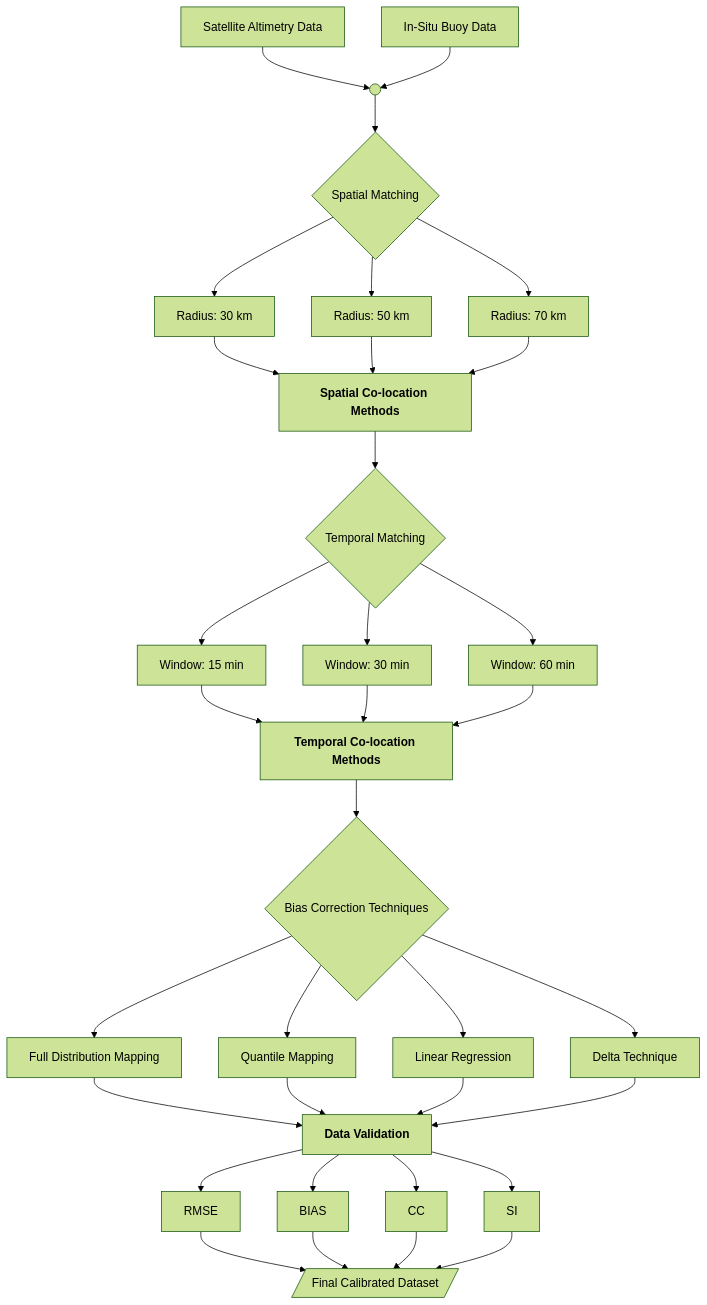
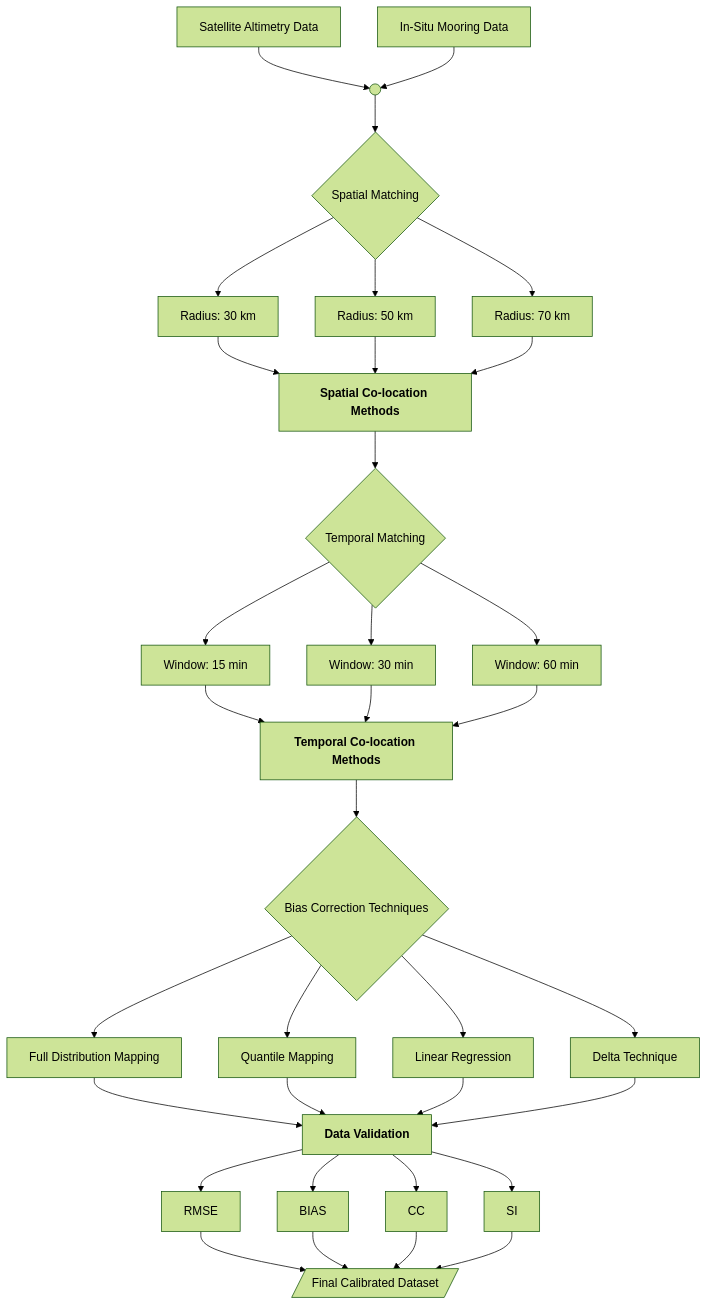
Before and after one commit to EduardSala/Thesis: the diagram in README.md, drawn with Mermaid (forest theme).

Commit message:
Update In-Situ Buoy Data to In-Situ Mooring Data

````diff
--- a/README.md
+++ b/README.md
@@ -32,42 +32,42 @@
 ```mermaid
 graph TD
     %% Input
     SAT[Satellite Altimetry Data] --> START(( ))
-    INS[In-Situ Buoy Data] --> START
+    INS[In-Situ Mooring Data] --> START
     START --> SPACE{Spatial Matching}
 
     %% Sezione Spaziale
     SPACE --> R30[Radius: 30 km]
     SPACE --> R50[Radius: 50 km]
     SPACE --> R70[Radius: 70 km]
     
     R30 & R50 & R70 --> S_METHODS[<b>Spatial Co-location Methods</b>]
 
     %% Sezione Temporale
     S_METHODS --> TIME{Temporal Matching}
     
     TIME --> T15[Window: 15 min]
     TIME --> T30[Window: 30 min]
     TIME --> T60[Window: 60 min]
     
     T15 & T30 & T60 --> T_METHODS[<b>Temporal Co-location Methods</b>]
 
     %% Sezione Bias Correction
     T_METHODS --> BC_START{Bias Correction Techniques}
     
     BC_START --> BC1[Full Distribution Mapping]
     BC_START --> BC2[Quantile Mapping]
     BC_START --> BC3[Linear Regression]
     BC_START --> BC4[Delta Technique]
 
     %% Sezione Validazione (Metriche)
     BC1 & BC2 & BC3 & BC4 --> VAL[<b>Data Validation</b>]
     
     VAL --> RMSE[RMSE]
     VAL --> BIAS_M[BIAS]
     VAL --> CC[CC]
     VAL --> SI[SI]
 
     %% Risultato Finale
     RMSE & BIAS_M & CC & SI --> FINAL[/Final Calibrated Dataset/]
 ```
````
